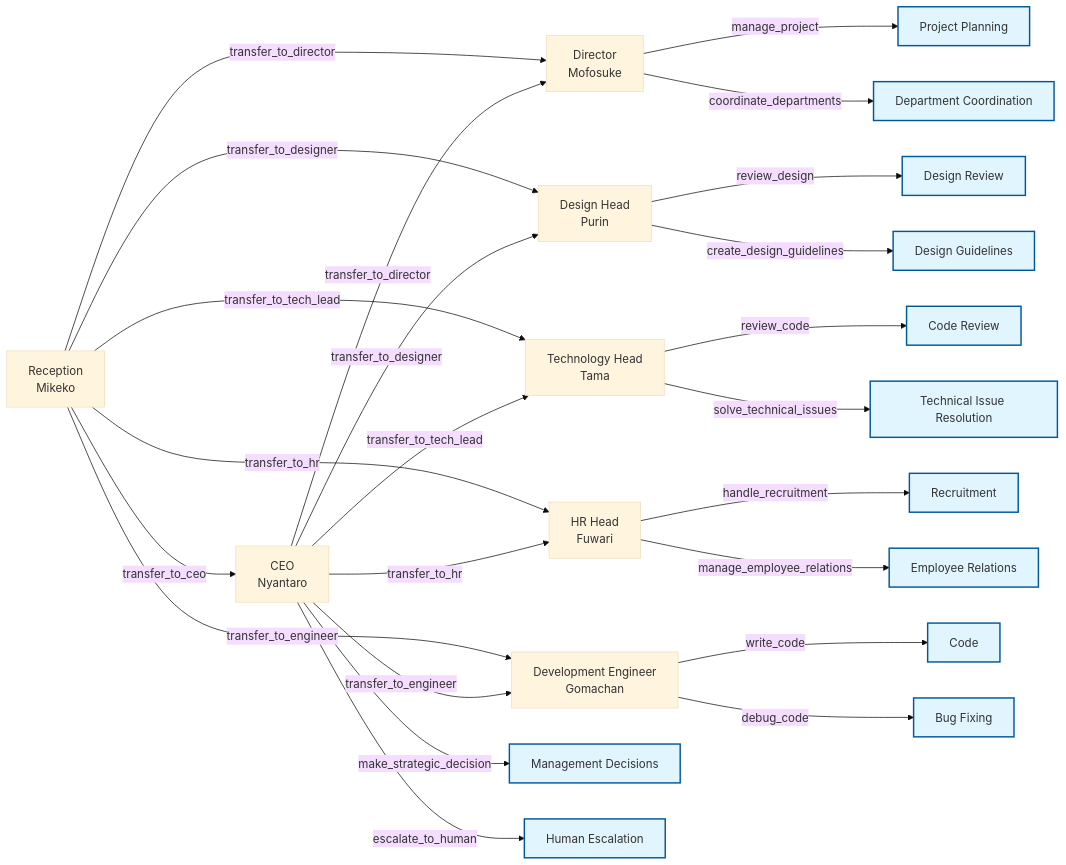
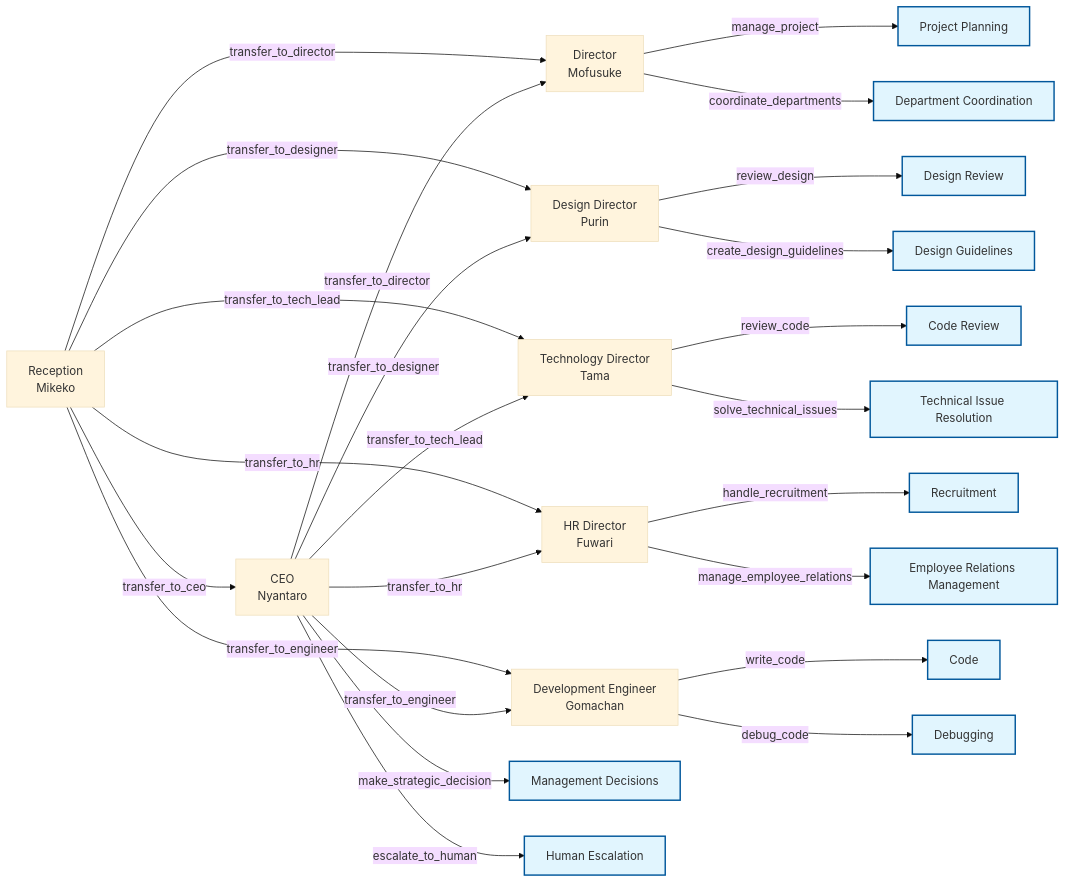
Before and after one commit to Sunwood-ai-labs/swarm-neko-neko-company: the diagram in docs/README.en.md, drawn with Mermaid. The commit also changed other lines of this file, not shown here.

````diff
--- a/docs/README.en.md
+++ b/docs/README.en.md
@@ -61,38 +75,38 @@
 ```mermaid
 %%{init: {'theme':'base'}}%%
 graph LR
-    A[CEO<br>Nyantaro] -->|transfer_to_director| B[Director<br>Mofosuke]
-    A -->|transfer_to_designer| C[Design Head<br>Purin]
-    A -->|transfer_to_tech_lead| D[Technology Head<br>Tama]
-    A -->|transfer_to_hr| E[HR Head<br>Fuwari]
+    A[CEO<br>Nyantaro] -->|transfer_to_director| B[Director<br>Mofusuke]
+    A -->|transfer_to_designer| C[Design Director<br>Purin]
+    A -->|transfer_to_tech_lead| D[Technology Director<br>Tama]
+    A -->|transfer_to_hr| E[HR Director<br>Fuwari]
     A -->|transfer_to_engineer| F[Development Engineer<br>Gomachan]
     G[Reception<br>Mikeko] -->|transfer_to_ceo| A
     G -->|transfer_to_director| B
     G -->|transfer_to_designer| C
     G -->|transfer_to_tech_lead| D
     G -->|transfer_to_hr| E
     G -->|transfer_to_engineer| F
 
-    %% Each agent's functions and results
+    %% Each agent's functions and outputs
     A -->|make_strategic_decision| S[Management Decisions]
     A -->|escalate_to_human| H[Human Escalation]
     
     B -->|manage_project| P[Project Planning]
     B -->|coordinate_departments| CD[Department Coordination]
     
     C -->|review_design| RD[Design Review]
     C -->|create_design_guidelines| DG[Design Guidelines]
     
     D -->|review_code| RC[Code Review]
     D -->|solve_technical_issues| TI[Technical Issue Resolution]
     
     F -->|write_code| WC[Code]
-    F -->|debug_code| DC[Bug Fixing]
+    F -->|debug_code| DC[Debugging]
     
     E -->|handle_recruitment| R[Recruitment]
-    E -->|manage_employee_relations| ER[Employee Relations]
+    E -->|manage_employee_relations| ER[Employee Relations Management]
 
-    %% Styling for results
+    %% Output style
     classDef result fill:#e1f5fe,stroke:#01579b,stroke-width:2px
     class S,H,P,CD,RD,DG,RC,TI,WC,DC,R,ER result
 ```
````
